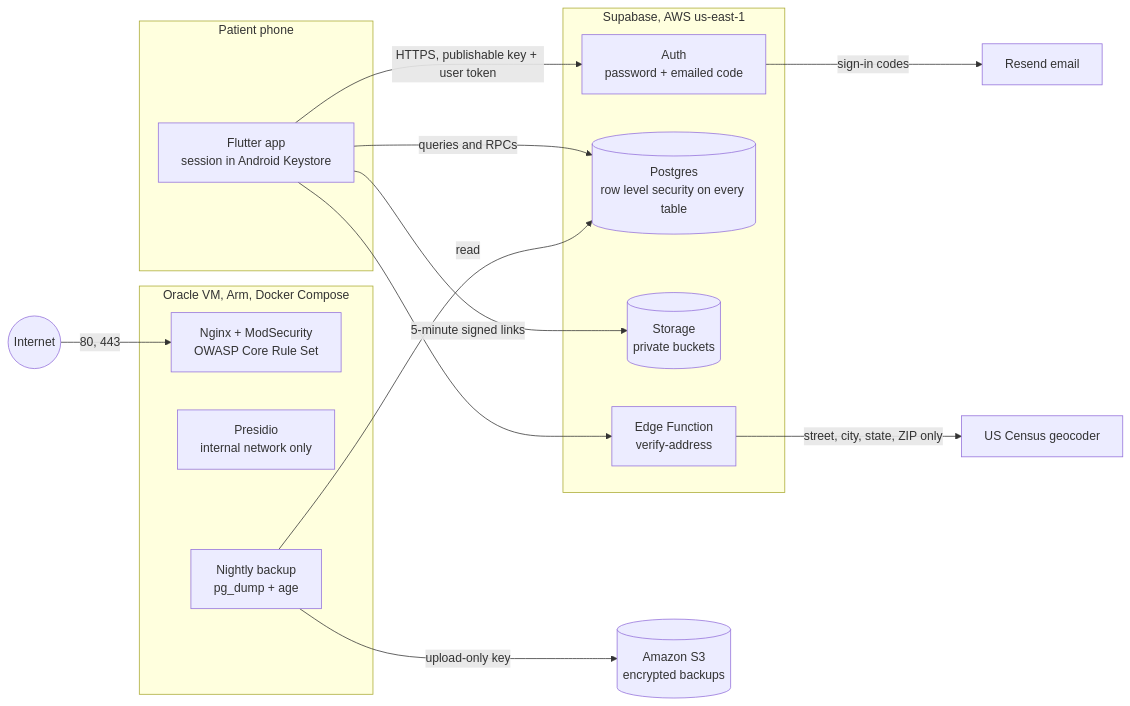
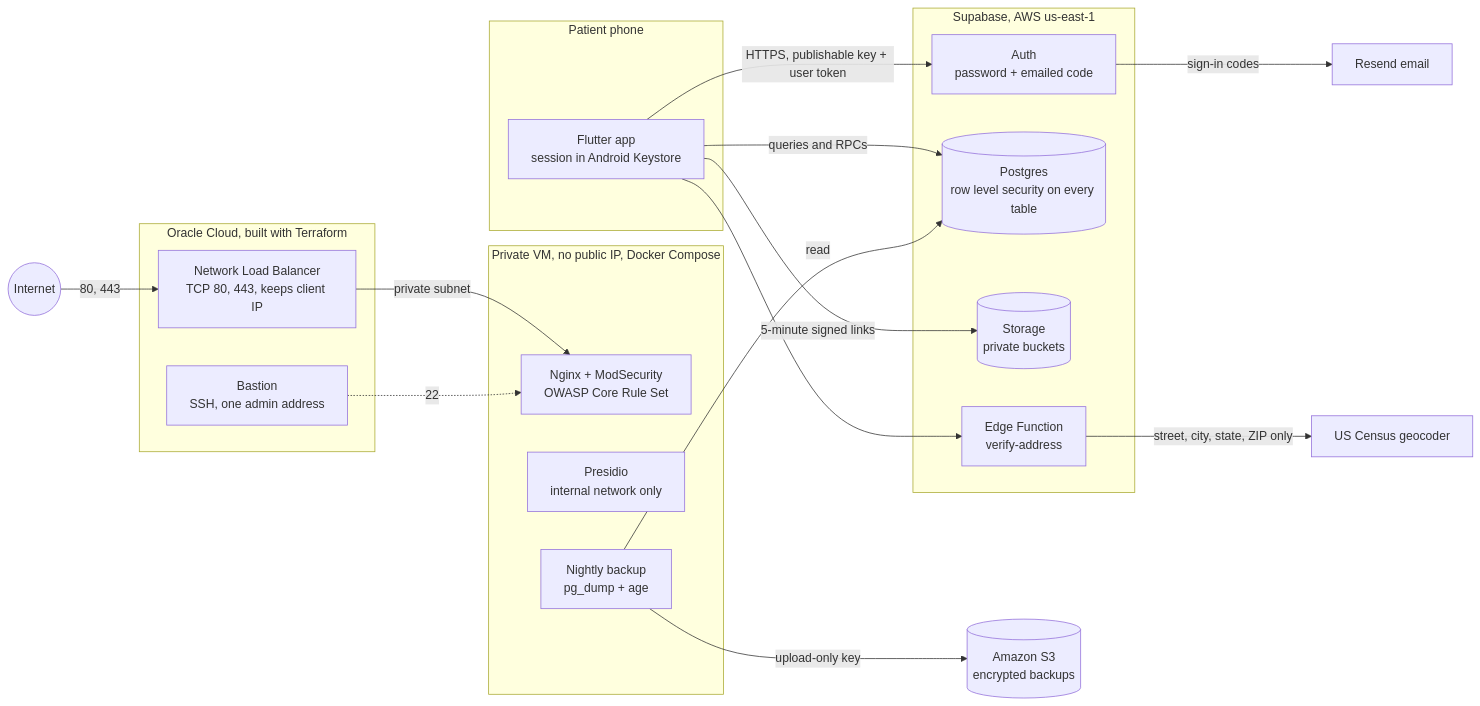
Before and after one commit to FionaMich/northgate-dental: the diagram in README.md, drawn with Mermaid. The commit also changed other lines of this file and 6 other files, not shown here.

First line of the commit message:
docs: live behind a Network Load Balancer on a private VM (#77)

````diff
--- a/README.md
+++ b/README.md
@@ -19,29 +19,34 @@
 ```mermaid
 flowchart LR
   subgraph phone[Patient phone]
     app[Flutter app<br/>session in Android Keystore]
   end
   subgraph supabase[Supabase, AWS us-east-1]
     auth[Auth<br/>password + emailed code]
     db[(Postgres<br/>row level security on every table)]
     storage[(Storage<br/>private buckets)]
     fn[Edge Function<br/>verify-address]
   end
-  subgraph vm[Oracle VM, Arm, Docker Compose]
+  subgraph oci[Oracle Cloud, built with Terraform]
+    nlb[Network Load Balancer<br/>TCP 80, 443, keeps client IP]
+    bastion[Bastion<br/>SSH, one admin address]
+  end
+  subgraph vm[Private VM, no public IP, Docker Compose]
     waf[Nginx + ModSecurity<br/>OWASP Core Rule Set]
     presidio[Presidio<br/>internal network only]
     backup[Nightly backup<br/>pg_dump + age]
   end
   census[US Census geocoder]
   resend[Resend email]
   s3[(Amazon S3<br/>encrypted backups)]
 
   app -->|HTTPS, publishable key + user token| auth
   app -->|queries and RPCs| db
   app -->|5-minute signed links| storage
   app --> fn -->|street, city, state, ZIP only| census
   auth -->|sign-in codes| resend
-  internet((Internet)) -->|80, 443| waf
+  internet((Internet)) -->|80, 443| nlb -->|private subnet| waf
+  bastion -.->|22| waf
   backup -->|read| db
   backup -->|upload-only key| s3
 ```
````
